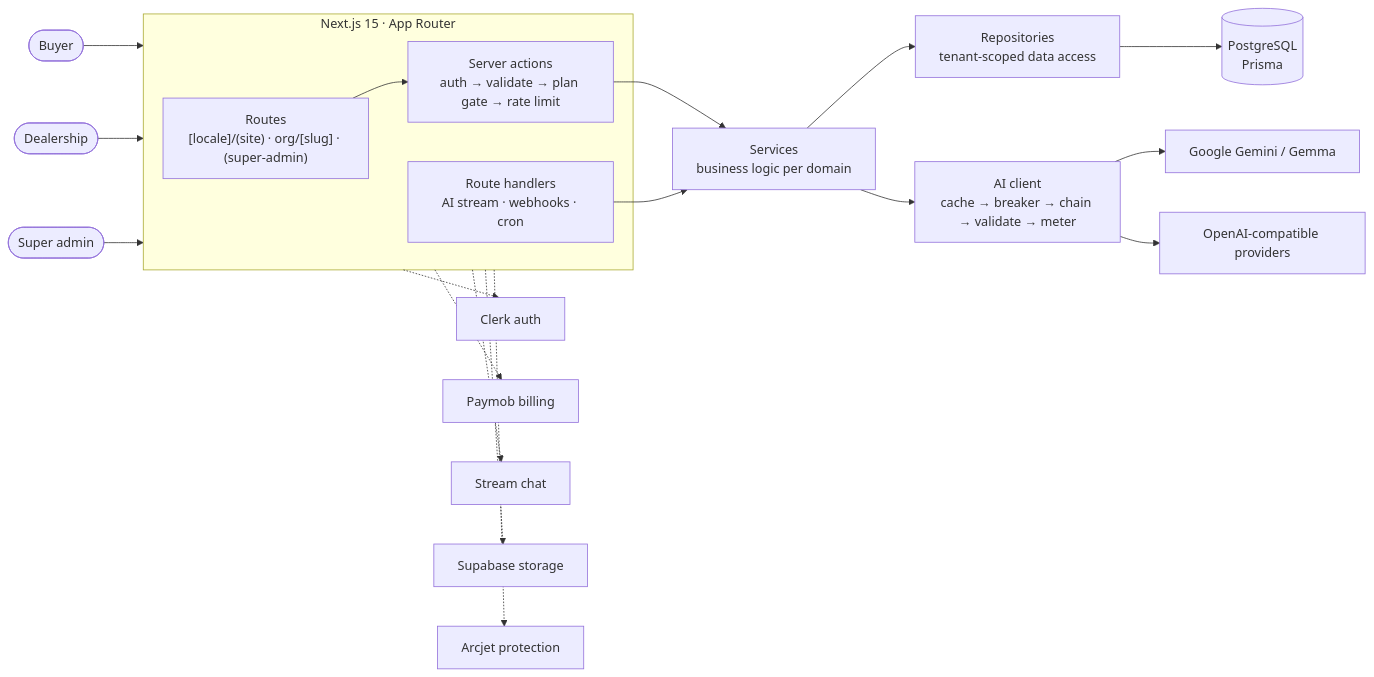
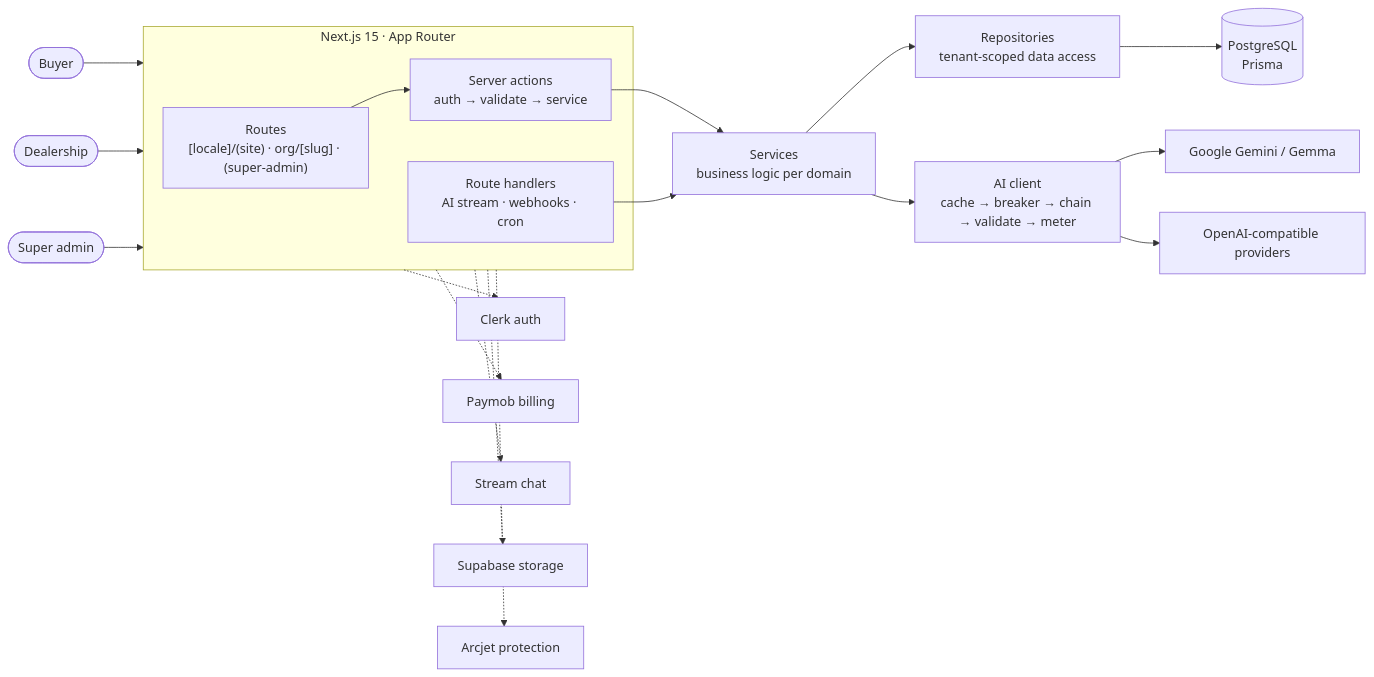
Before and after one commit to mahmoud-abo-al-ela/AutoMe: the first of 3 diagrams in README.md, drawn with Mermaid. The commit also changed other lines of this file, not shown here.

First line of the commit message:
docs(readme): correct the architecture section

````diff
--- a/README.md
+++ b/README.md
@@ -81,18 +81,18 @@
 ```mermaid
 flowchart LR
     Buyer([Buyer]) & Dealer([Dealership]) & Admin([Super admin]) --> Web
 
     subgraph Web["Next.js 15 · App Router"]
         Routes["Routes<br/>[locale]/(site) · org/[slug] · (super-admin)"]
-        Actions["Server actions<br/>auth → validate → plan gate → rate limit"]
+        Actions["Server actions<br/>auth → validate → service"]
         API["Route handlers<br/>AI stream · webhooks · cron"]
     end
 
     Routes --> Actions --> Services["Services<br/>business logic per domain"]
     API --> Services
     Services --> Repos["Repositories<br/>tenant-scoped data access"] --> DB[(PostgreSQL<br/>Prisma)]
     Services --> AI["AI client<br/>cache → breaker → chain → validate → meter"]
     AI --> Gemini["Google Gemini / Gemma"] & Gateway["OpenAI-compatible providers"]
 
     Web -.-> Clerk["Clerk auth"] & Paymob["Paymob billing"] & Stream["Stream chat"] & Supabase["Supabase storage"] & Arcjet["Arcjet protection"]
 ```
````
